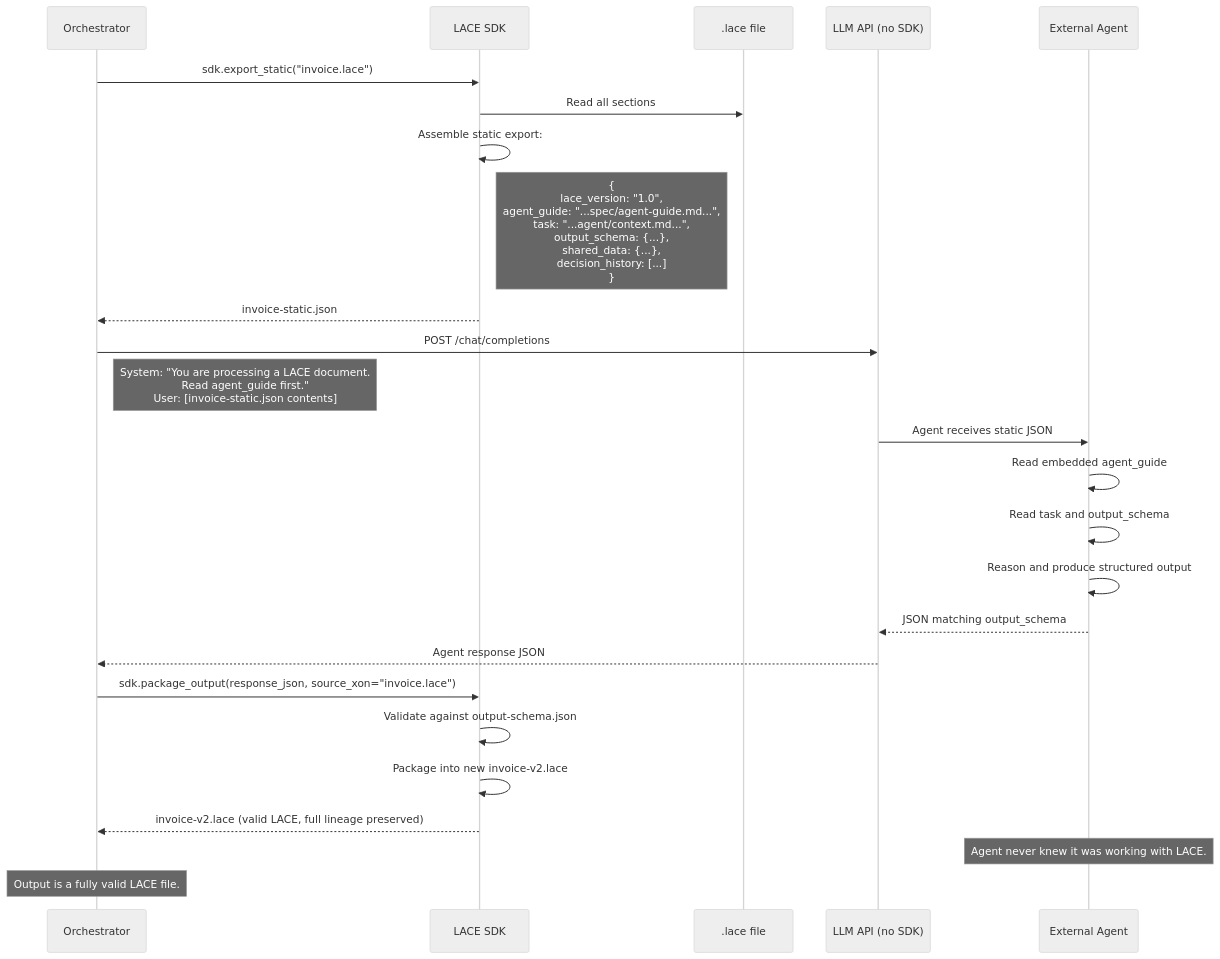
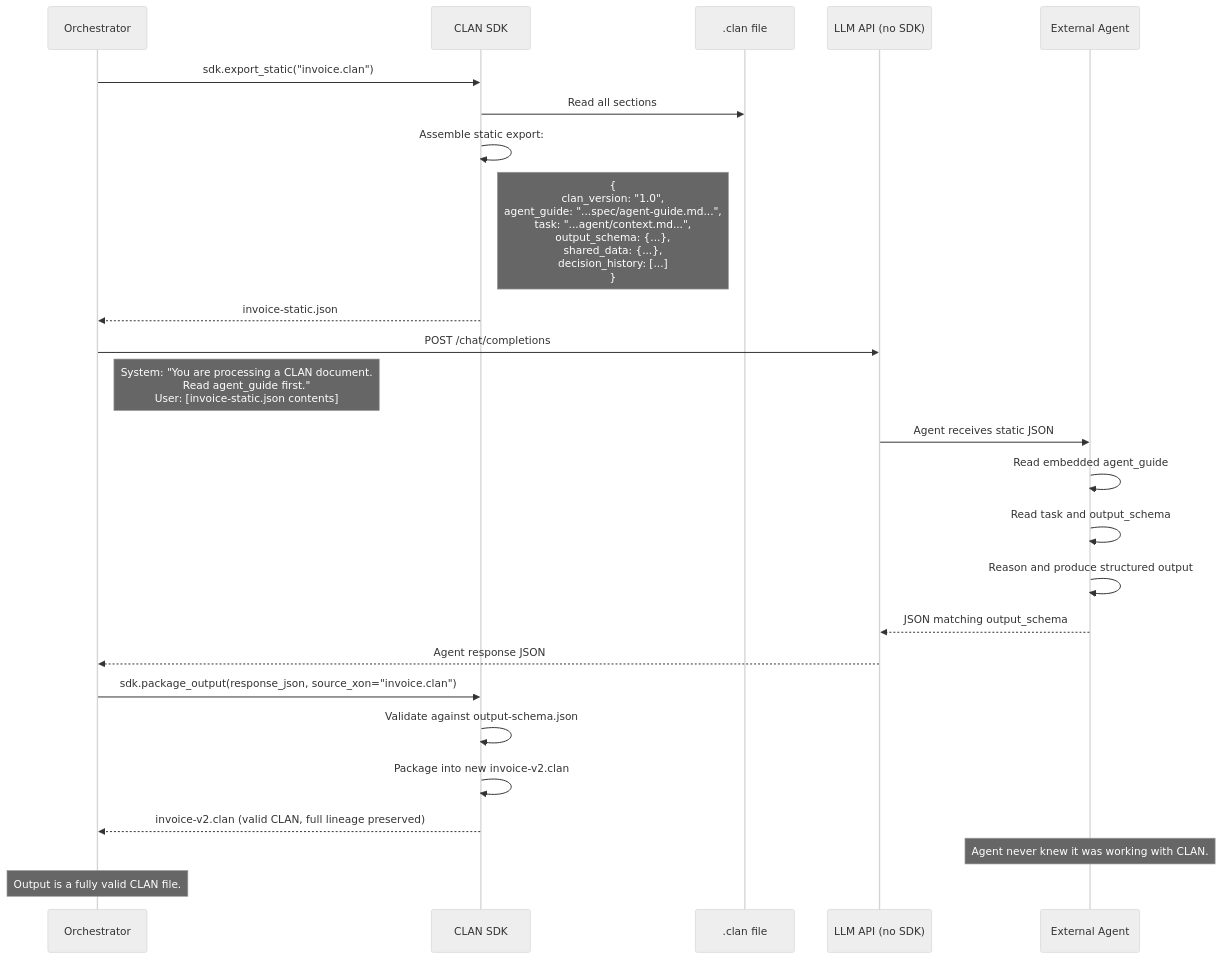
Before and after one commit to batunii/napkin-os: the sixth of 8 diagrams in SEQUENCE-DIAGRAMS.md, drawn with Mermaid (neutral theme). The commit also changed other lines of this file and 7 other files, not shown here.

First line of the commit message:
Rename LACE → CLAN throughout

````diff
--- a/SEQUENCE-DIAGRAMS.md
+++ b/SEQUENCE-DIAGRAMS.md
@@ -274,33 +274,33 @@
 ```mermaid
 sequenceDiagram
     participant Orch as Orchestrator
-    participant SDK as LACE SDK
-    participant LACE as .lace file
+    participant SDK as CLAN SDK
+    participant CLAN as .clan file
     participant API as LLM API (no SDK)
     participant Agent as External Agent
 
-    Orch->>SDK: sdk.export_static("invoice.lace")
-    SDK->>LACE: Read all sections
+    Orch->>SDK: sdk.export_static("invoice.clan")
+    SDK->>CLAN: Read all sections
     SDK->>SDK: Assemble static export:
-    note right of SDK: {<br/>  lace_version: "1.0",<br/>  agent_guide: "...spec/agent-guide.md...",<br/>  task: "...agent/context.md...",<br/>  output_schema: {...},<br/>  shared_data: {...},<br/>  decision_history: [...]<br/>}
+    note right of SDK: {<br/>  clan_version: "1.0",<br/>  agent_guide: "...spec/agent-guide.md...",<br/>  task: "...agent/context.md...",<br/>  output_schema: {...},<br/>  shared_data: {...},<br/>  decision_history: [...]<br/>}
     SDK-->>Orch: invoice-static.json
 
     Orch->>API: POST /chat/completions
-    note right of Orch: System: "You are processing a LACE document.<br/>Read agent_guide first."<br/>User: [invoice-static.json contents]
+    note right of Orch: System: "You are processing a CLAN document.<br/>Read agent_guide first."<br/>User: [invoice-static.json contents]
 
     API->>Agent: Agent receives static JSON
     Agent->>Agent: Read embedded agent_guide
     Agent->>Agent: Read task and output_schema
     Agent->>Agent: Reason and produce structured output
     Agent-->>API: JSON matching output_schema
 
     API-->>Orch: Agent response JSON
 
-    Orch->>SDK: sdk.package_output(response_json, source_xon="invoice.lace")
+    Orch->>SDK: sdk.package_output(response_json, source_xon="invoice.clan")
     SDK->>SDK: Validate against output-schema.json
-    SDK->>SDK: Package into new invoice-v2.lace
-    SDK-->>Orch: invoice-v2.lace (valid LACE, full lineage preserved)
+    SDK->>SDK: Package into new invoice-v2.clan
+    SDK-->>Orch: invoice-v2.clan (valid CLAN, full lineage preserved)
 
-    note over Agent: Agent never knew it was working with LACE.
-    note over Orch: Output is a fully valid LACE file.
+    note over Agent: Agent never knew it was working with CLAN.
+    note over Orch: Output is a fully valid CLAN file.
 ```
````
